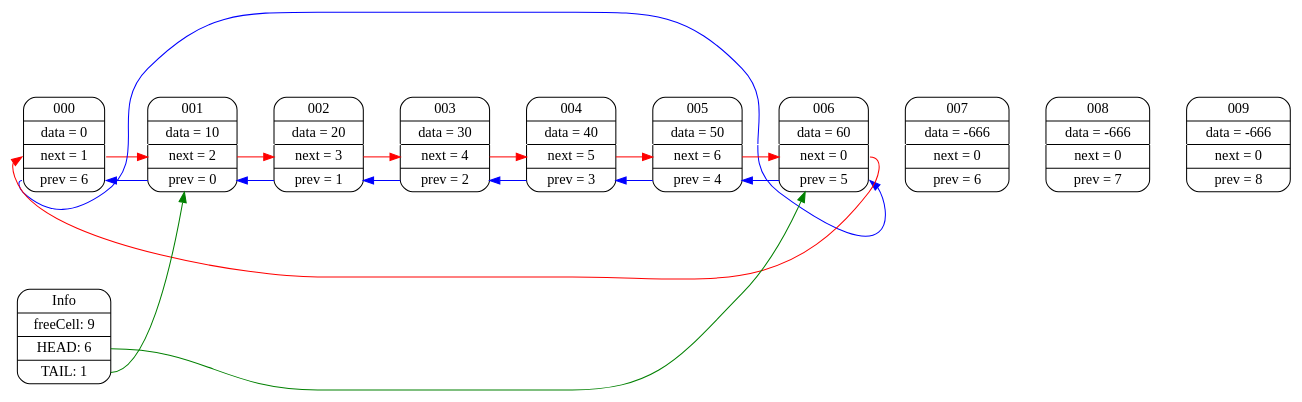
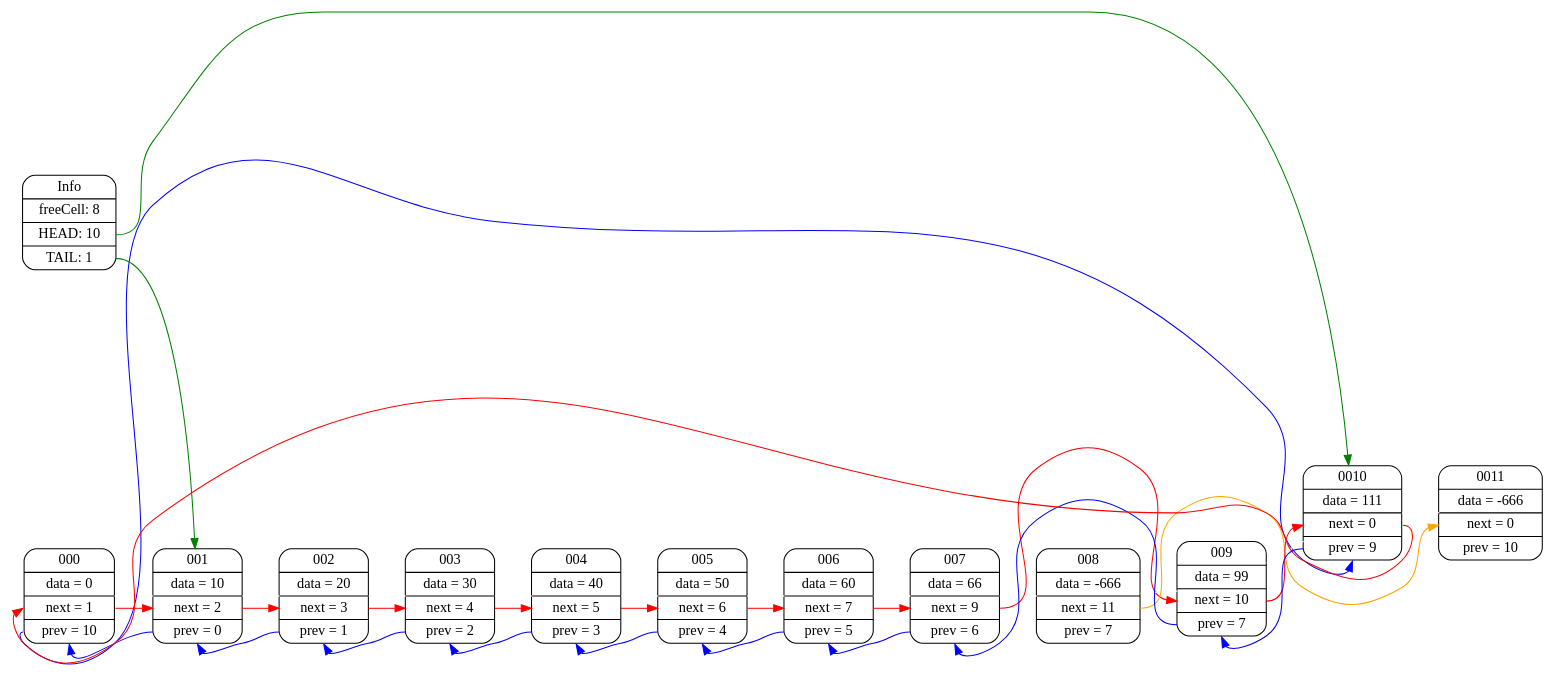
The diagram in example.dot (Matvey787/myArray), drawn with Graphviz before and after one commit. The commit also changed 27 other files, not shown here.

```diff
--- a/example.dot
+++ b/example.dot
@@ -1,50 +1,59 @@
-digraph {
-    rankdir=LR;
-    overlap=false;
-    splines=true;
-    nodesep=0.75;
-    ranksep=0.5;
+digraph
+{ 
+                    rankdir=LR; 
+                    overlap=false; 
+                    splines=true; 
+                    nodesep=0.75; 
+                    ranksep=0.5;
+node000 [shape=Mrecord label= " 000 | data = 0 | <n0_n> next = 1 | <n0_p> prev = 10 " ];
+node001 [shape=Mrecord label= " 001 | data = 10 | <n1_n> next = 2 | <n1_p> prev = 0 " ];
+node002 [shape=Mrecord label= " 002 | data = 20 | <n2_n> next = 3 | <n2_p> prev = 1 " ];
+node003 [shape=Mrecord label= " 003 | data = 30 | <n3_n> next = 4 | <n3_p> prev = 2 " ];
+node004 [shape=Mrecord label= " 004 | data = 40 | <n4_n> next = 5 | <n4_p> prev = 3 " ];
+node005 [shape=Mrecord label= " 005 | data = 50 | <n5_n> next = 6 | <n5_p> prev = 4 " ];
+node006 [shape=Mrecord label= " 006 | data = 60 | <n6_n> next = 7 | <n6_p> prev = 5 " ];
+node007 [shape=Mrecord label= " 007 | data = 66 | <n7_n> next = 9 | <n7_p> prev = 6 " ];
+node008 [shape=Mrecord label= " 008 | data = -666 | <n8_n> next = 11 | <n8_p> prev = 7 " ];
+node009 [shape=Mrecord label= " 009 | data = 99 | <n9_n> next = 10 | <n9_p> prev = 7 " ];
+node0010 [shape=Mrecord label= " 0010 | data = 111 | <n10_n> next = 0 | <n10_p> prev = 9 " ];
+node0011 [shape=Mrecord label= " 0011 | data = -666 | <n11_n> next = 0 | <n11_p> prev = 10 " ];
 
-    node000 [shape=Mrecord label= " 000 | data = 0 | <n0_n> next = 1 | <n0_p> prev = 6 " ];
-    node001 [shape=Mrecord label= " 001 | data = 10 | <n1_n> next = 2 | <n1_p> prev = 0 " ];
-    node002 [shape=Mrecord label= " 002 | data = 20 | <n2_n> next = 3 | <n2_p> prev = 1 " ];
-    node003 [shape=Mrecord label= " 003 | data = 30 | <n3_n> next = 4 | <n3_p> prev = 2 " ];
-    node004 [shape=Mrecord label= " 004 | data = 40 | <n4_n> next = 5 | <n4_p> prev = 3 " ];
-    node005 [shape=Mrecord label= " 005 | data = 50 | <n5_n> next = 6 | <n5_p> prev = 4 " ];
-    node006 [shape=Mrecord label= " 006 | data = 60 | <n6_n> next = 0 | <n6_p> prev = 5 " ];
-    node007 [shape=Mrecord label= " 007 | data = -666 | <n7_n> next = 0 | <n7_p> prev = 6 " ];
-    node008 [shape=Mrecord label= " 008 | data = -666 | <n8_n> next = 0 | <n8_p> prev = 7 " ];
-    node009 [shape=Mrecord label= " 009 | data = -666 | <n9_n> next = 0 | <n9_p> prev = 8 " ];
+info [shape=Mrecord label= " Info | freeCell: 8 | <info_h> HEAD: 10 | <info_t> TAIL: 1 " ];
+info:<info_h> -> node0010 [ color = green; ]
+info:<info_t> -> node001 [ color = green; ]
 
-    info [shape=Mrecord label= " Info | freeCell: 9 | <info_h> HEAD: 6 | <info_t> TAIL: 1 " ];
-    info:<info_h> -> node006 [ color = green; ]
-    info:<info_t> -> node001 [ color = green; ]
+node000 -> node001 [ weight = 1; color = white; ]
+node001 -> node002 [ weight = 1; color = white; ]
+node002 -> node003 [ weight = 1; color = white; ]
+node003 -> node004 [ weight = 1; color = white; ]
+node004 -> node005 [ weight = 1; color = white; ]
+node005 -> node006 [ weight = 1; color = white; ]
+node006 -> node007 [ weight = 1; color = white; ]
+node007 -> node008 [ weight = 1; color = white; ]
+node008 -> node009 [ weight = 1; color = white; ]
+node009 -> node0010 [ weight = 1; color = white; ]
+node0010 -> node0011 [ weight = 1; color = white; ]
 
-    node000 -> node001 [ weight = 10; color = white; ]
-    node001 -> node002 [ weight = 10; color = white; ]
-    node002 -> node003 [ weight = 10; color = white; ]
-    node003 -> node004 [ weight = 10; color = white; ]
-    node004 -> node005 [ weight = 10; color = white; ]
-    node005 -> node006 [ weight = 10; color = white; ]
-    node006 -> node007 [ weight = 10; color = white; ]
-    node007 -> node008 [ weight = 10; color = white; ]
-    node008 -> node009 [ weight = 10; color = white; ]
+node000:<n0_p>:w -> node0010:<n10_p>:s [ color = blue; minlen=2; constraint=false; ]
+node001:<n1_p>:w -> node000:<n0_p>:s [ color = blue; minlen=2; constraint=false; ]
+node002:<n2_p>:w -> node001:<n1_p>:s [ color = blue; minlen=2; constraint=false; ]
+node003:<n3_p>:w -> node002:<n2_p>:s [ color = blue; minlen=2; constraint=false; ]
+node004:<n4_p>:w -> node003:<n3_p>:s [ color = blue; minlen=2; constraint=false; ]
+node005:<n5_p>:w -> node004:<n4_p>:s [ color = blue; minlen=2; constraint=false; ]
+node006:<n6_p>:w -> node005:<n5_p>:s [ color = blue; minlen=2; constraint=false; ]
+node007:<n7_p>:w -> node006:<n6_p>:s [ color = blue; minlen=2; constraint=false; ]
+node009:<n9_p>:w -> node007:<n7_p>:s [ color = blue; minlen=2; constraint=false; ]
+node0010:<n10_p>:w -> node009:<n9_p>:s [ color = blue; minlen=2; constraint=false; ]
 
-    edge[color=blue, minlen=2, constraint=false, tailclip=false, headclip=false, ltail=sw, lhead=se]
-    node000:<n0_p>:w -> node006:<n6_p>:e [ltail=se, lhead=sw]
-    node001:<n1_p>:w -> node000:<n0_p>:e [ltail=se, lhead=sw]
-    node002:<n2_p>:w -> node001:<n1_p>:e [ltail=se, lhead=sw]
-    node003:<n3_p>:w -> node002:<n2_p>:e [ltail=se, lhead=sw]
-    node004:<n4_p>:w -> node003:<n3_p>:e [ltail=se, lhead=sw]
-    node005:<n5_p>:w -> node004:<n4_p>:e [ltail=se, lhead=sw]
-    node006:<n6_p>:w -> node005:<n5_p>:e [ltail=se, lhead=sw]
-
-    edge[color=red, minlen=2, constraint=false, tailclip=false, headclip=false, ltail=ne, lhead=nw]
-    node000:<n0_n>:e -> node001:<n1_n>:w [ltail=nw, lhead=ne]
-    node001:<n1_n>:e -> node002:<n2_n>:w [ltail=nw, lhead=ne]
-    node002:<n2_n>:e -> node003:<n3_n>:w [ltail=nw, lhead=ne]
-    node003:<n3_n>:e -> node004:<n4_n>:w [ltail=nw, lhead=ne]
-    node004:<n4_n>:e -> node005:<n5_n>:w [ltail=nw, lhead=ne]
-    node005:<n5_n>:e -> node006:<n6_n>:w [ltail=nw, lhead=ne]
-    node006:<n6_n>:e -> node000:<n0_n>:w [ltail=nw, lhead=ne]
+node000:<n0_n>:e -> node001:<n1_n>:w [ color = red; minlen=2; constraint=false; ]
+node001:<n1_n>:e -> node002:<n2_n>:w [ color = red; minlen=2; constraint=false; ]
+node002:<n2_n>:e -> node003:<n3_n>:w [ color = red; minlen=2; constraint=false; ]
+node003:<n3_n>:e -> node004:<n4_n>:w [ color = red; minlen=2; constraint=false; ]
+node004:<n4_n>:e -> node005:<n5_n>:w [ color = red; minlen=2; constraint=false; ]
+node005:<n5_n>:e -> node006:<n6_n>:w [ color = red; minlen=2; constraint=false; ]
+node006:<n6_n>:e -> node007:<n7_n>:w [ color = red; minlen=2; constraint=false; ]
+node007:<n7_n>:e -> node009:<n9_n>:w [ color = red; minlen=2; constraint=false; ]
+node008:<n8_n>:e -> node0011:<n11_n>:w [ color = orange; minlen=2; constraint=false; ]
+node009:<n9_n>:e -> node0010:<n10_n>:w [ color = red; minlen=2; constraint=false; ]
+node0010:<n10_n>:e -> node000:<n0_n>:w [ color = red; minlen=2; constraint=false; ]
 }
```
